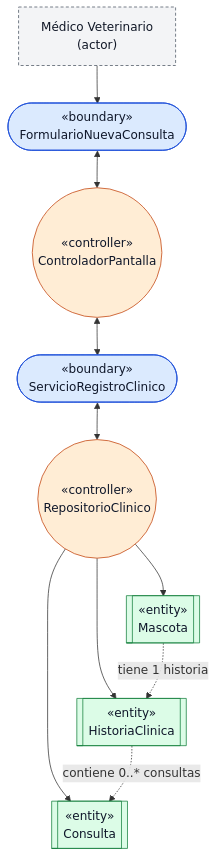
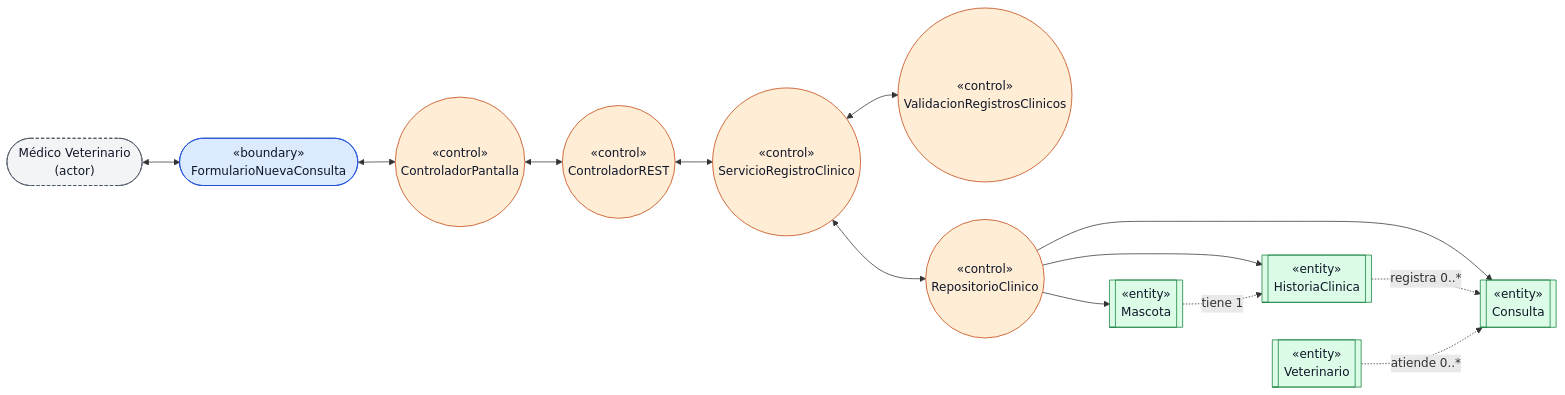
The first of 5 diagrams in docs/design/diseno-detallado.md (DinoMondino/sistema-gestion-veterinaria-2026), drawn with Mermaid before and after one commit. The commit also changed other lines of this file and 16 other files, not shown here.

````diff
--- a/docs/design/diseno-detallado.md
+++ b/docs/design/diseno-detallado.md
@@ -86,37 +114,40 @@
 ```mermaid
-
-flowchart TB
-    vet["Médico Veterinario<br/>(actor)"]
+flowchart LR
+    vet(["Médico Veterinario<br/>(actor)"])
 
     ui(["«boundary»<br/>FormularioNuevaConsulta"])
-    cp(("«controller»<br/>ControladorPantalla"))
-    api(["«boundary»<br/>ServicioRegistroClinico"])
-    repo(("«controller»<br/>RepositorioClinico"))
+
+    cp(("«control»<br/>ControladorPantalla"))
+    rest(("«control»<br/>ControladorREST"))
+    srv(("«control»<br/>ServicioRegistroClinico"))
+    val(("«control»<br/>ValidacionRegistrosClinicos"))
+    repo(("«control»<br/>RepositorioClinico"))
 
     mascota[["«entity»<br/>Mascota"]]
     historia[["«entity»<br/>HistoriaClinica"]]
     consulta[["«entity»<br/>Consulta"]]
+    veterinario[["«entity»<br/>Veterinario"]]
 
-    vet --> ui
+    vet <--> ui
     ui <--> cp
-    cp <--> api
-    api <--> repo
-
+    cp <--> rest
+    rest <--> srv
+    srv <--> val
+    srv <--> repo
     repo --> mascota
     repo --> historia
     repo --> consulta
 
-    mascota -.->|"tiene 1 historia"| historia
-    historia -.->|"contiene 0..* consultas"| consulta
+    mascota -.->|"tiene 1"| historia
+    historia -.->|"registra 0..*"| consulta
+    veterinario -.->|"atiende 0..*"| consulta
 
-    classDef actor fill:#f3f4f6,stroke:#4b5563,color:#111827,stroke-dasharray:4 3
+    classDef actor fill:#f3f4f6,stroke:#4b5563,stroke-dasharray:4 3,color:#111827
     classDef boundary fill:#dbeafe,stroke:#1d4ed8,color:#0f172a
-    classDef controller fill:#ffedd5,stroke:#c2410c,color:#0f172a
+    classDef control fill:#ffedd5,stroke:#c2410c,color:#0f172a
     classDef entity fill:#dcfce7,stroke:#15803d,color:#0f172a
-
     class vet actor
-    class ui,api boundary
-    class cp,repo controller
-    class mascota,historia,consulta entity
-
+    class ui boundary
+    class cp,rest,srv,val,repo control
+    class mascota,historia,consulta,veterinario entity
 ```
````
